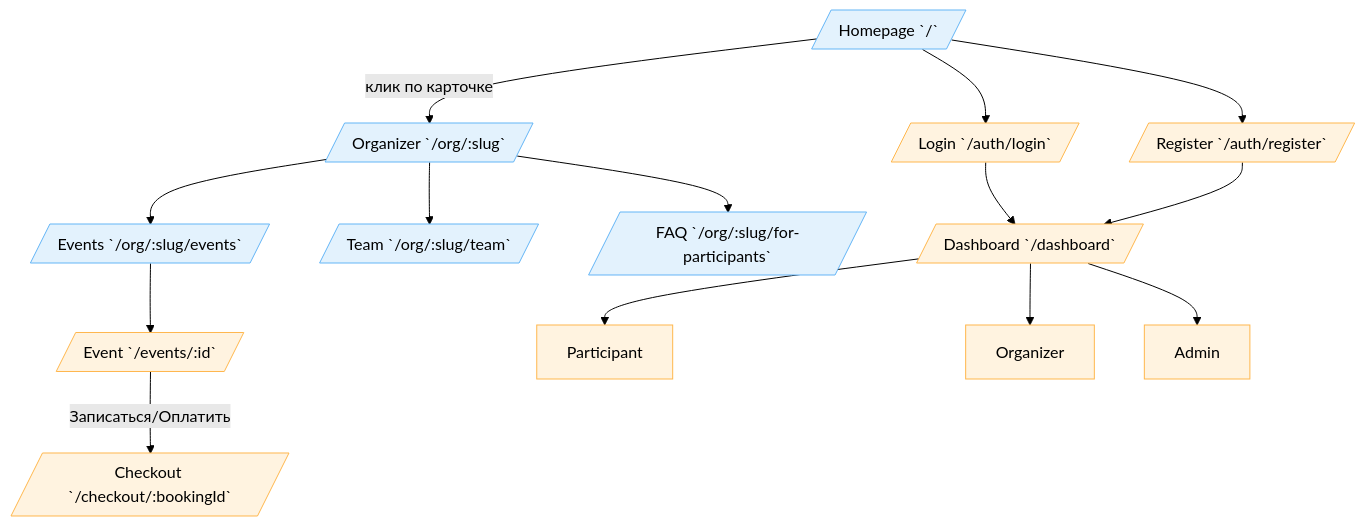
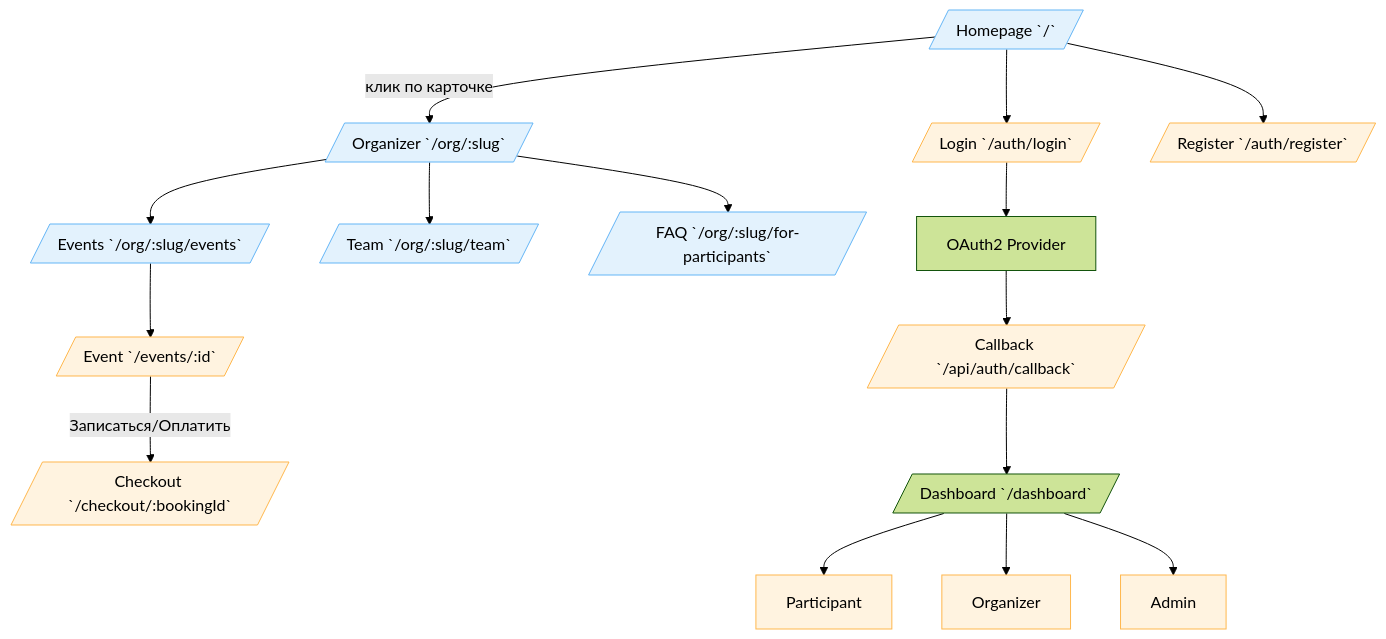
The diagram in frontend/docs/AquaStream_Business_Spec_v1.1.md (egorov-ma/aquastream), drawn with Mermaid (forest theme) before and after one commit. The commit also changed other lines of this file, not shown here.

Commit message:
docs(spec): update stack, OAuth2, env, architecture structure, patterns; refresh diagrams and RBAC; remove duplication

````diff
--- a/frontend/docs/AquaStream_Business_Spec_v1.1.md
+++ b/frontend/docs/AquaStream_Business_Spec_v1.1.md
@@ -189,22 +186,23 @@
 ```mermaid
 flowchart TD
   A[/Homepage `/`/] -->|клик по карточке| B[/Organizer `/org/:slug`/]
   B --> C[/Events `/org/:slug/events`/]
   B --> D[/Team `/org/:slug/team`/]
   B --> E[/FAQ `/org/:slug/for-participants`/]
   C --> F[/Event `/events/:id`/]
   F -->|Записаться/Оплатить| G[/Checkout `/checkout/:bookingId`/]
   A --> H[/Login `/auth/login`/]
+  H --> P["OAuth2 Provider"]
+  P --> J[/Callback `/api/auth/callback`/]
   A --> I[/Register `/auth/register`/]
-  H --> J[/Dashboard `/dashboard`/]
-  I --> J
-  J --> J1[Participant]
-  J --> J2[Organizer]
-  J --> J3[Admin]
+  J --> J0[/Dashboard `/dashboard`/]
+  J0 --> J1[Participant]
+  J0 --> J2[Organizer]
+  J0 --> J3[Admin]
 
   classDef ssg fill:#E3F2FD,stroke:#64B5F6,stroke-width:1px;
   classDef ssr fill:#FFF3E0,stroke:#FFB74D,stroke-width:1px;
 
   class A,B,C,D,E ssg;
   class F,G,H,I,J,J1,J2,J3 ssr;
 ```
````
